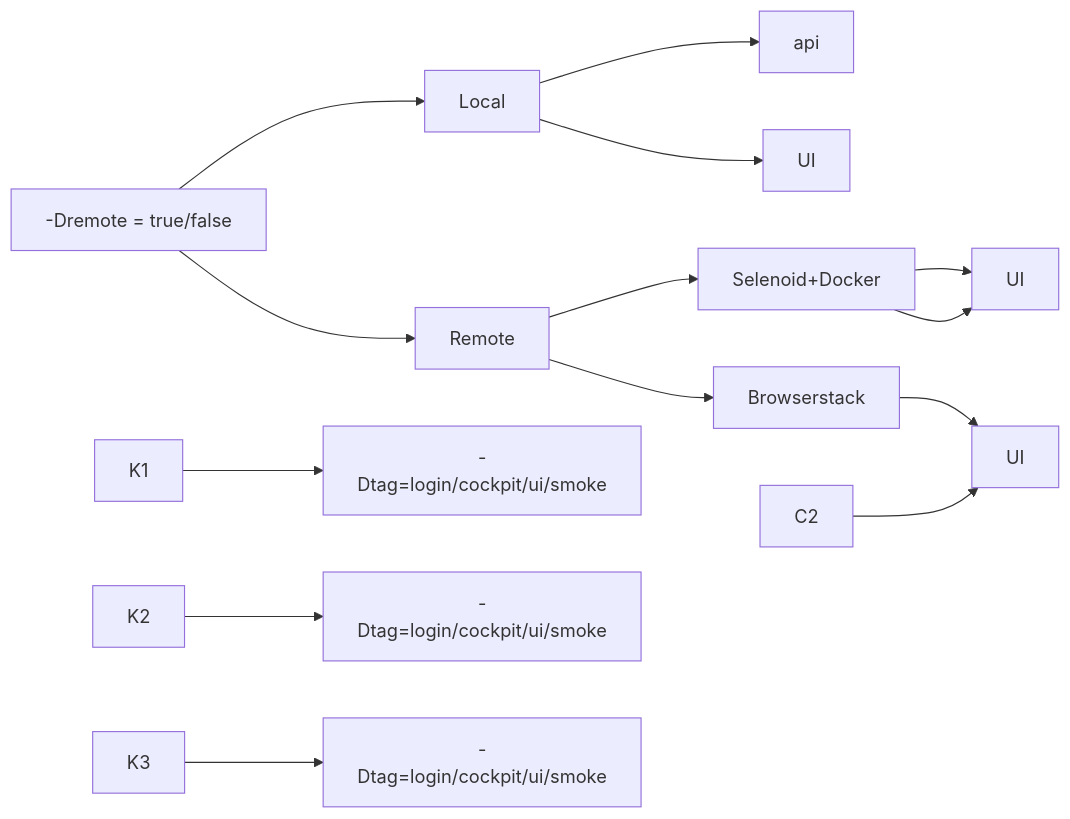
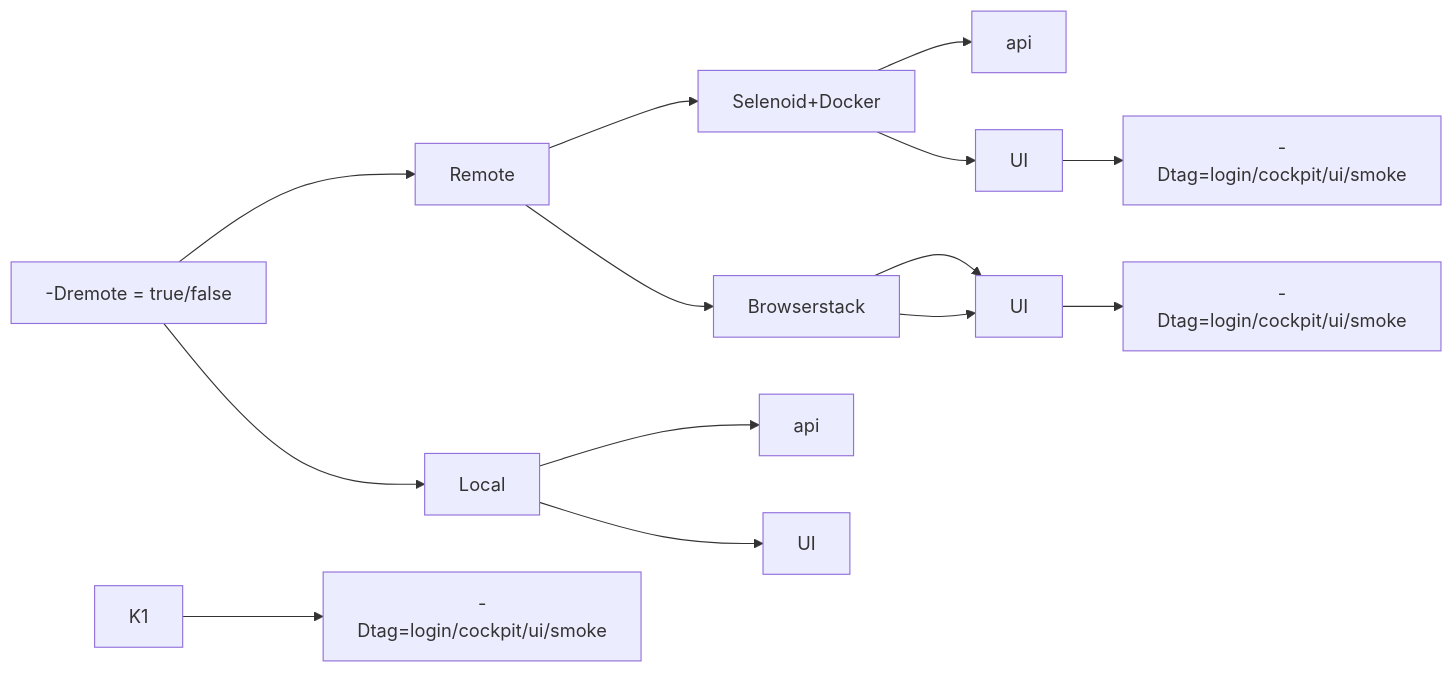
One commit to berezovskievgenisergeevich/oui-webapp changed the second of 2 diagrams in README.md. Above: the diagram before and after it, drawn with Mermaid.

````diff
--- a/README.md
+++ b/README.md
@@ -118,17 +118,17 @@
 ```mermaid
 graph LR
 A[-Dremote = true/false] --> B[Local]
 A --> C[Remote]
 C --> C_1[Selenoid+Docker]
 C --> C_2[Browserstack]
 B --> K[api]
 B --> K_1[UI]
 K1 --> E[-Dtag=login/cockpit/ui/smoke]
-C_1 --> K_2[api]
-C_1 --> K_2[UI]
-K2 --> E_2[-Dtag=login/cockpit/ui/smoke]
-C2 --> K_3[api]
+C_1 --> CK_1[api]
+C_1 --> CK_2[UI]
+CK_2 --> E_2[-Dtag=login/cockpit/ui/smoke]
+C_2 --> K_3[api]
 C_2 --> K_3[UI]
-K3 --> E_3[-Dtag=login/cockpit/ui/smoke]
+K_3 --> E_3[-Dtag=login/cockpit/ui/smoke]
 
 ```
````
